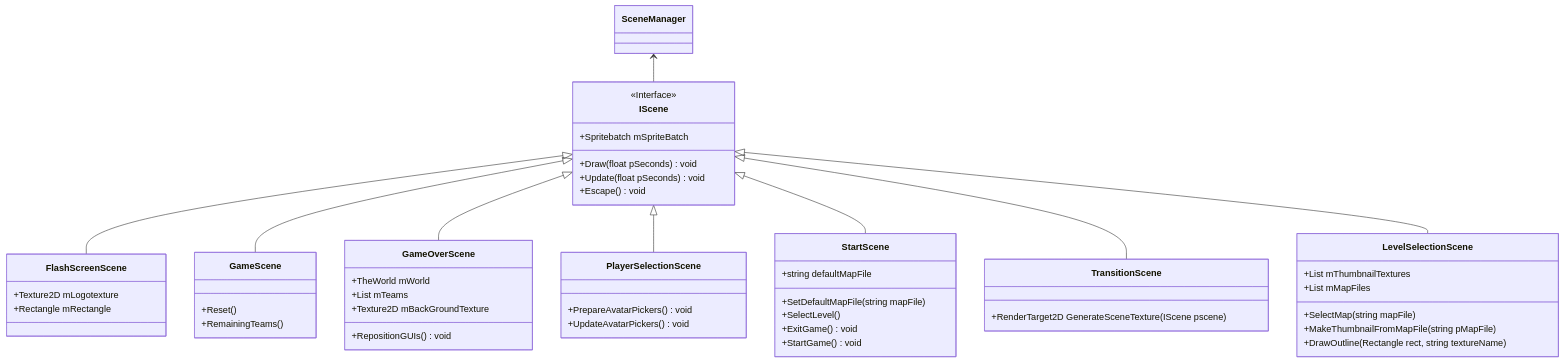
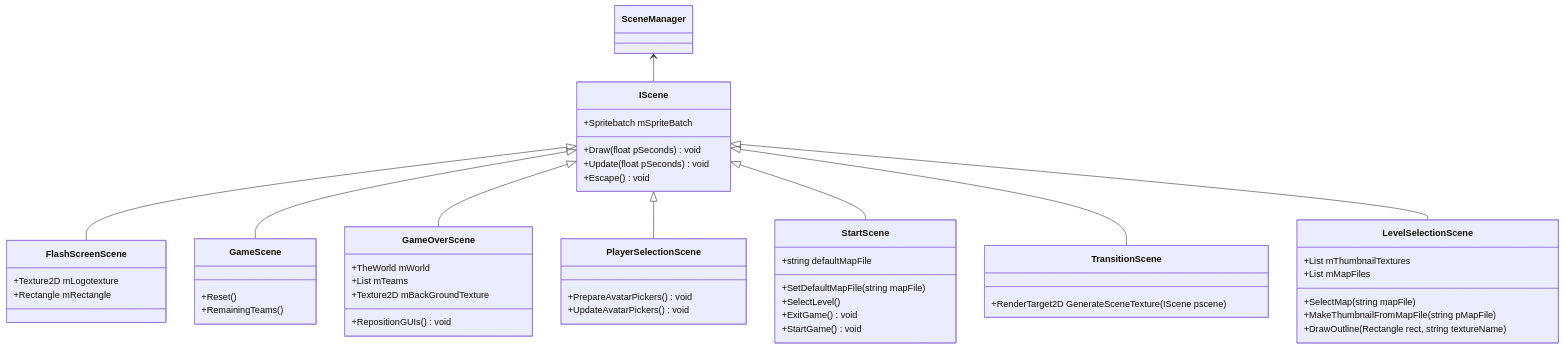
Before and after one commit to Spoingus/TroublesomeTanks_CDP: the first of 2 diagrams in README.md, drawn with Mermaid. The commit also changed other lines of this file, not shown here.

````diff
--- a/README.md
+++ b/README.md
@@ -59,54 +66,53 @@
 ```mermaid
 classDiagram
     IScene <|-- FlashScreenScene
     IScene <|-- GameScene
     IScene <|-- GameOverScene
     IScene <|-- PlayerSelectionScene
     IScene <|-- StartScene
     IScene <|-- TransitionScene
     IScene <|-- LevelSelectionScene
     SceneManager <-- IScene
-    <<Interface>> IScene
 
     class IScene{
     +Spritebatch mSpriteBatch
     +Draw(float pSeconds) void
     +Update(float pSeconds) void
     +Escape() void
     }
     class FlashScreenScene{
         +Texture2D mLogotexture
         +Rectangle mRectangle
     }
     class GameScene{
         +Reset()
         +RemainingTeams()
     }
     class GameOverScene{
         +TheWorld mWorld
         +List<Player> mTeams
         +Texture2D mBackGroundTexture
         +RepositionGUIs() void
     }
     class PlayerSelectionScene{
         +PrepareAvatarPickers() void
         +UpdateAvatarPickers() void
     }
     class StartScene{
         +string defaultMapFile
         +SetDefaultMapFile(string mapFile)
         +SelectLevel()
         +ExitGame() void
         +StartGame() void
     }
     class TransitionScene{
         +RenderTarget2D GenerateSceneTexture(IScene pscene)
     }
     class LevelSelectionScene{
         +List<Texture2D> mThumbnailTextures
         +List<string> mMapFiles
         +SelectMap(string mapFile)
         +MakeThumbnailFromMapFile(string pMapFile)
         +DrawOutline(Rectangle rect, string textureName)
     }
 ```
````
